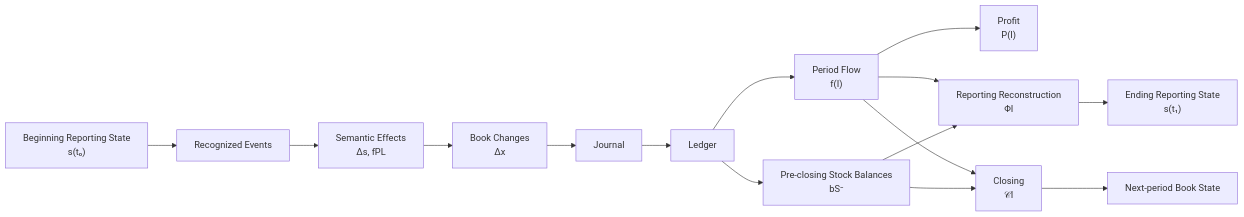
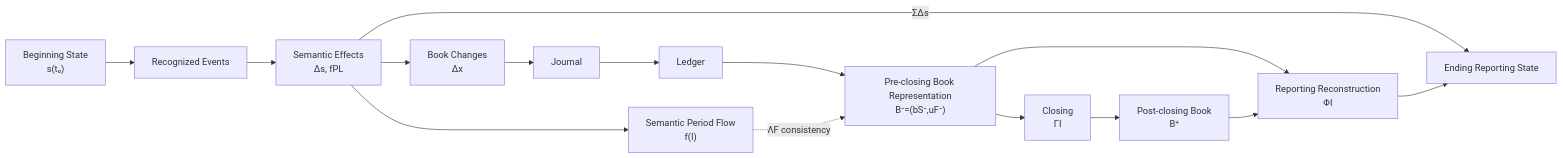
One commit to niikei/accounting-state-model changed the fourth of 4 diagrams in theory/07-period-stock-flow.md. Above: the diagram before and after it, drawn with Mermaid. The commit also changed other lines of this file and 8 other files, not shown here.

````diff
--- a/theory/07-period-stock-flow.md
+++ b/theory/07-period-stock-flow.md
@@ -1721,46 +1370,40 @@
 ```mermaid
 flowchart LR
-    S0["Beginning Reporting State<br/>s(t₀)"]
+    S0["Beginning State<br/>s(t₀)"]
 
     EVENTS["Recognized Events"]
 
     SEM["Semantic Effects<br/>Δs, fPL"]
 
-    DX["Book Changes<br/>Δx"]
+    F["Semantic Period Flow<br/>f(I)"]
+
+    X["Book Changes<br/>Δx"]
 
     J["Journal"]
 
     L["Ledger"]
 
-    BSBOOK["Pre-closing Stock Balances<br/>bS⁻"]
-
-    FLOW["Period Flow<br/>f(I)"]
-
-    PROFIT["Profit<br/>P(I)"]
+    B["Pre-closing Book Representation<br/>B⁻=(bS⁻,uF⁻)"]
 
     PHI["Reporting Reconstruction<br/>ΦI"]
 
-    S1["Ending Reporting State<br/>s(t₁)"]
+    S1["Ending Reporting State"]
 
-    CLOSE["Closing<br/>𝒞I"]
+    CLOSE["Closing<br/>ΓI"]
 
-    NEXT["Next-period Book State"]
+    BP["Post-closing Book<br/>B⁺"]
 
     S0 --> EVENTS
-    EVENTS --> SEM --> DX --> J --> L
+    EVENTS --> SEM
 
-    L --> BSBOOK
-    L --> FLOW
+    SEM -->|"ΣΔs"| S1
+    SEM --> F
 
-    FLOW --> PROFIT
+    SEM --> X --> J --> L --> B
+    B --> PHI --> S1
 
-    BSBOOK --> PHI
-    FLOW --> PHI
+    B --> CLOSE --> BP
+    BP --> PHI
 
-    PHI --> S1
-
-    BSBOOK --> CLOSE
-    FLOW --> CLOSE
-
-    CLOSE --> NEXT
+    F -. "ΛF consistency" .-> B
 ```
````
